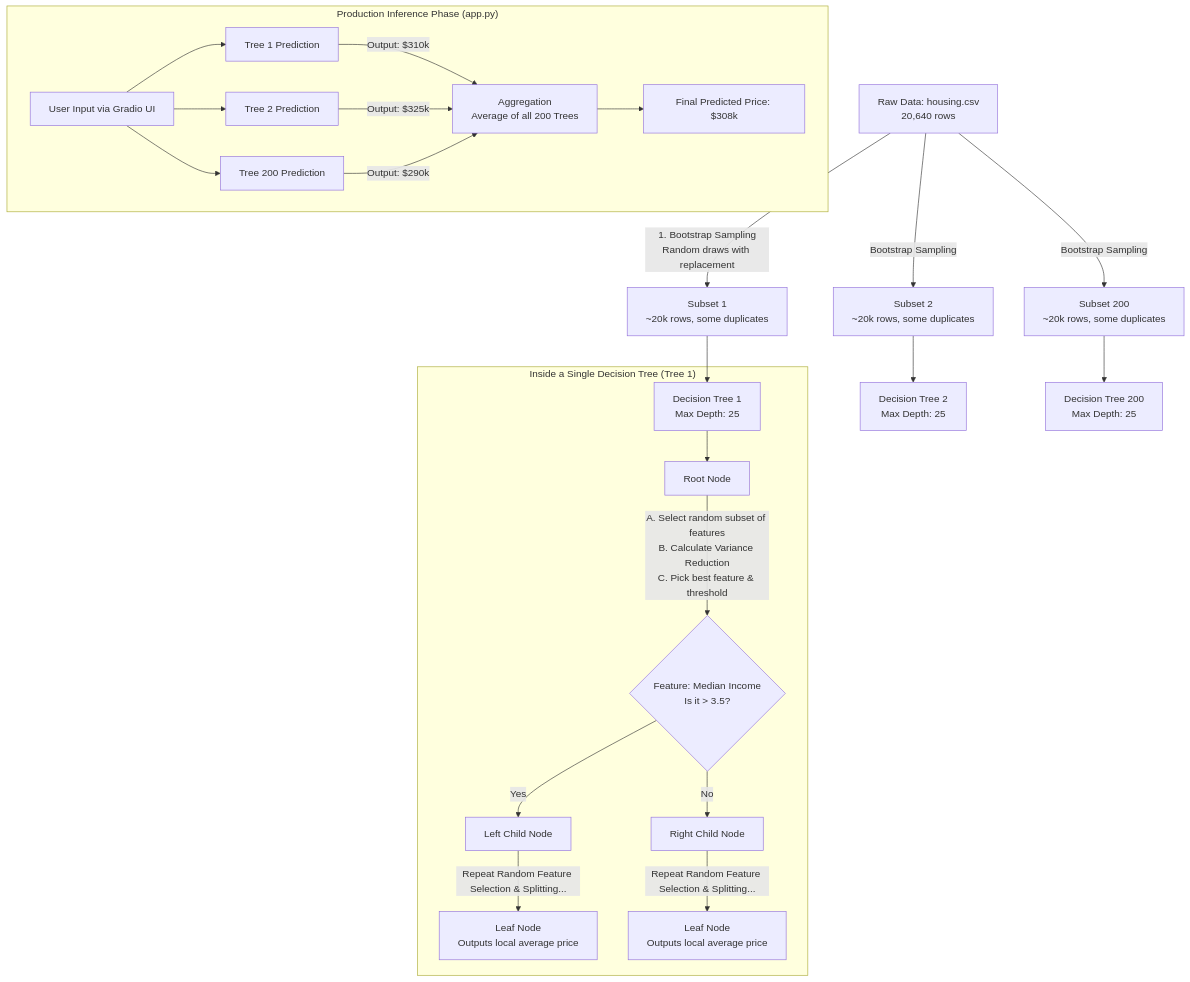
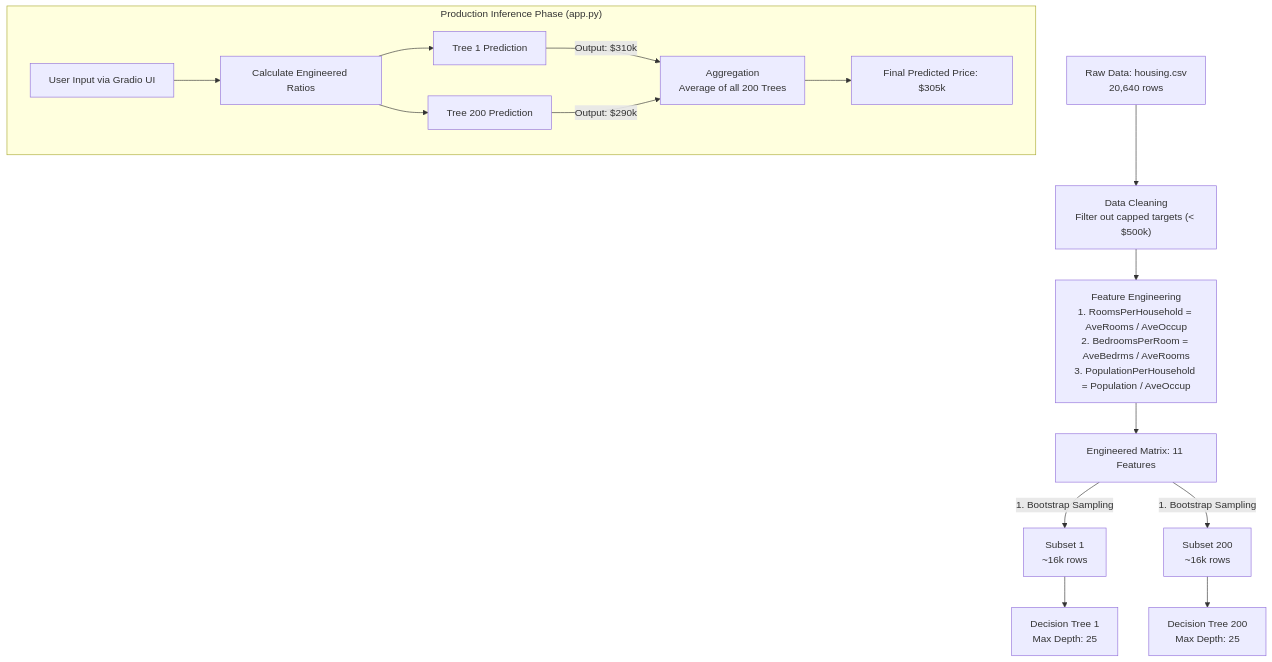
Before and after one commit to Saumojit30/mlops-base: the diagram in MODEL_CARD.md, drawn with Mermaid. The commit also changed other lines of this file and 2 other files, not shown here.

Commit message:
v1.2 upgrade: Engineered ratio features and cleaned target capping (RMSE reduced to 0.4646)

````diff
--- a/MODEL_CARD.md
+++ b/MODEL_CARD.md
@@ -23,37 +25,28 @@
 ```mermaid
 flowchart TD
+    %% Preprocessing & Feature Engineering
+    RawData[Raw Data: housing.csv\n20,640 rows] --> DataClean["Data Cleaning\nFilter out capped targets (< $500k)"]
+    DataClean --> FE["Feature Engineering\n1. RoomsPerHousehold = AveRooms / AveOccup\n2. BedroomsPerRoom = AveBedrms / AveRooms\n3. PopulationPerHousehold = Population / AveOccup"]
+    
+    FE --> A[Engineered Matrix: 11 Features]
+
     %% Training Phase
-    A[Raw Data: housing.csv\n20,640 rows] -->|1. Bootstrap Sampling\nRandom draws with replacement| B1[Subset 1\n~20k rows, some duplicates]
-    A -->|Bootstrap Sampling| B2[Subset 2\n~20k rows, some duplicates]
-    A -->|Bootstrap Sampling| BN[Subset 200\n~20k rows, some duplicates]
+    A -->|1. Bootstrap Sampling| B1[Subset 1\n~16k rows]
+    A -->|1. Bootstrap Sampling| BN[Subset 200\n~16k rows]
 
     %% Tree Growth
     B1 --> T1[Decision Tree 1\nMax Depth: 25]
-    B2 --> T2[Decision Tree 2\nMax Depth: 25]
     BN --> TN[Decision Tree 200\nMax Depth: 25]
-
-    %% Internal Split Logic
-    subgraph "Inside a Single Decision Tree (Tree 1)"
-        T1 --> Node1["Root Node"]
-        Node1 -->|"A. Select random subset of features\nB. Calculate Variance Reduction\nC. Pick best feature & threshold"| Split1{"Feature: Median Income\nIs it > 3.5?"}
-        
-        Split1 -->|Yes| Left1["Left Child Node"]
-        Split1 -->|No| Right1["Right Child Node"]
-        
-        Left1 --> |Repeat Random Feature Selection & Splitting...| Leaf1["Leaf Node\nOutputs local average price"]
-        Right1 --> |Repeat Random Feature Selection & Splitting...| Leaf2["Leaf Node\nOutputs local average price"]
-    end
 
     %% Inference Phase
     subgraph "Production Inference Phase (app.py)"
-        NewData[User Input via Gradio UI] --> Infer1[Tree 1 Prediction]
-        NewData --> Infer2[Tree 2 Prediction]
-        NewData --> InferN[Tree 200 Prediction]
+        NewData[User Input via Gradio UI] --> FE_Infer[Calculate Engineered Ratios]
+        FE_Infer --> Infer1[Tree 1 Prediction]
+        FE_Infer --> InferN[Tree 200 Prediction]
         
         Infer1 -->|Output: $310k| Agg[Aggregation\nAverage of all 200 Trees]
-        Infer2 -->|Output: $325k| Agg
         InferN -->|Output: $290k| Agg
         
-        Agg --> Final[Final Predicted Price: $308k]
+        Agg --> Final[Final Predicted Price: $305k]
     end
 ```
````
